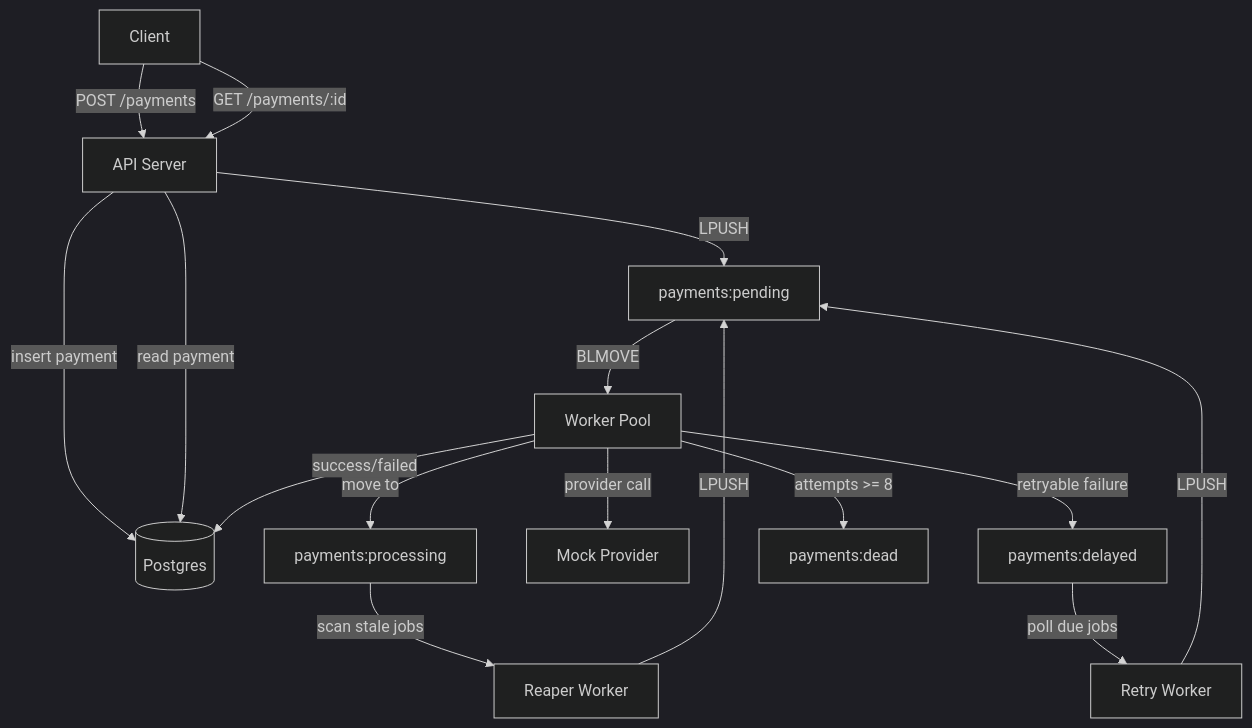
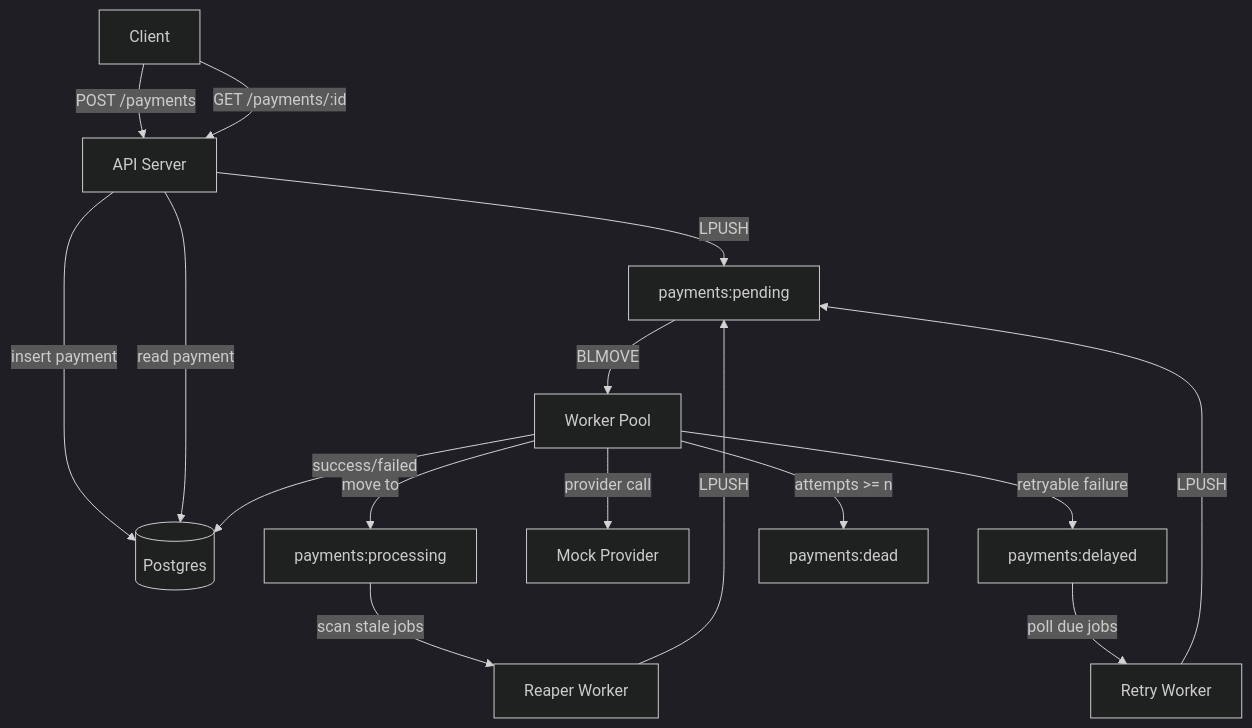
Before and after one commit to electr1fy0/okane: the diagram in README.md, drawn with Mermaid (dark theme). The commit also changed 1 other file, not shown here.

Commit message:
feat: add success check in worker

````diff
--- a/README.md
+++ b/README.md
@@ -7,22 +7,22 @@
 ```mermaid
 flowchart TD
     Client -->|POST /payments| API["API Server"]
     Client -->|"GET /payments/:id"| API
 
     API -->|insert payment| PG[("Postgres")]
     API -->|read payment| PG
     API -->|LPUSH| Pending["payments:pending"]
 
     Pending -->|BLMOVE| WorkerPool["Worker Pool"]
     WorkerPool -->|move to| Processing["payments:processing"]
     WorkerPool -->|provider call| Provider["Mock Provider"]
     WorkerPool -->|success/failed| PG
     WorkerPool -->|retryable failure| Delayed["payments:delayed"]
-    WorkerPool -->|attempts >= 8| Dead["payments:dead"]
+    WorkerPool -->|attempts >= n| Dead["payments:dead"]
 
     Delayed -->|poll due jobs| Retry["Retry Worker"]
     Retry -->|LPUSH| Pending
 
     Processing -->|scan stale jobs| Reaper["Reaper Worker"]
     Reaper -->|LPUSH| Pending
   ```
````
